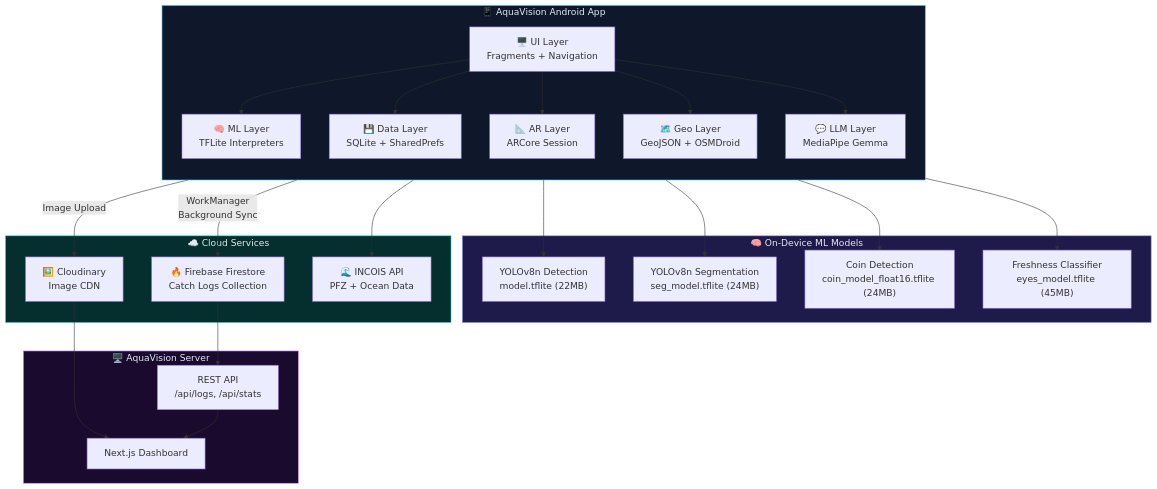
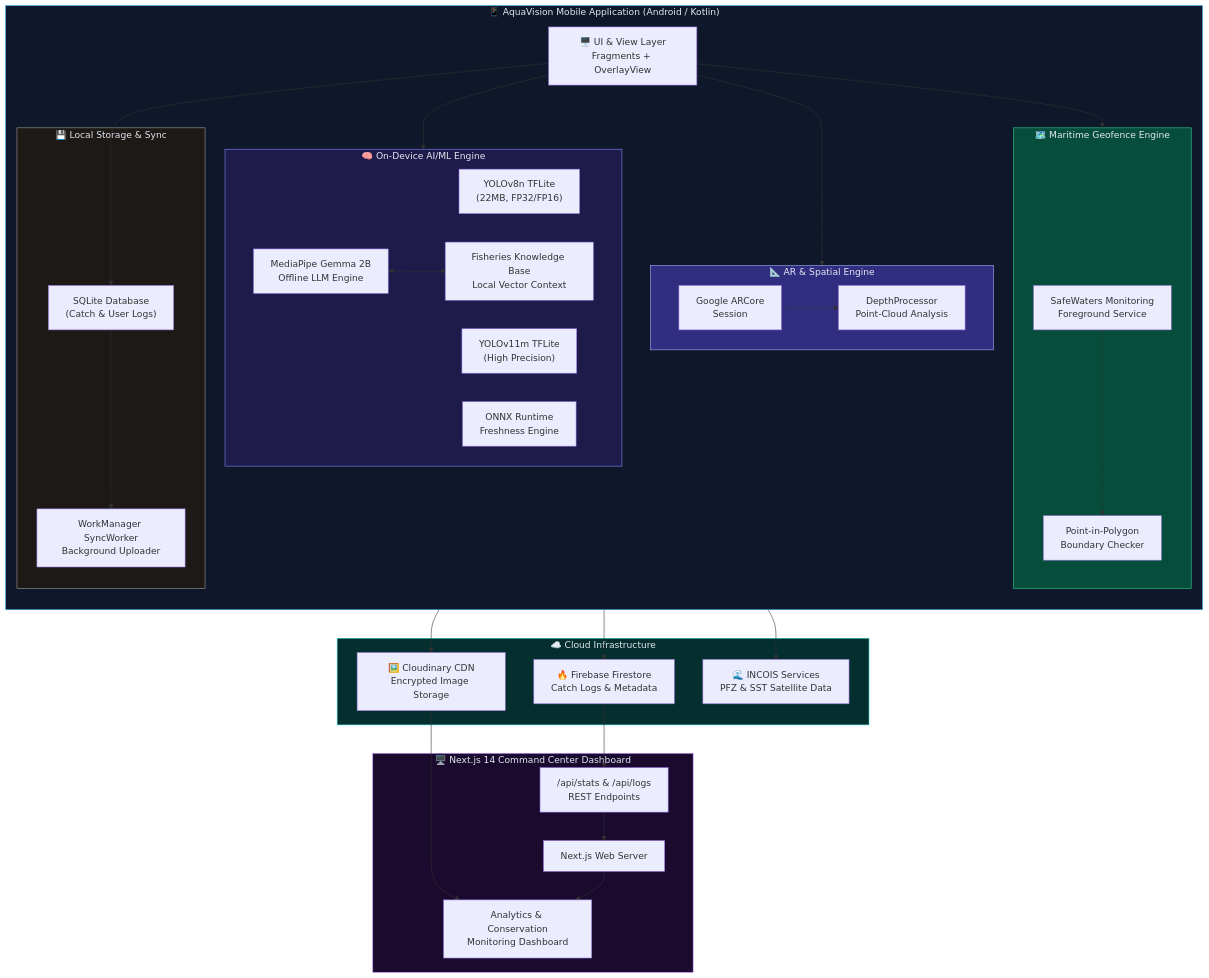
One commit to Rahul9969/AquaVision changed the first of 9 diagrams in README.md. Above: the diagram before and after it, drawn with Mermaid. The commit also changed other lines of this file and 44 other files, not shown here.

Commit message:
feat: Add YOLOv11 & ONNX freshness engines, AR 3D depth processor, local RAG fisheries knowledge base, EEZ geofence updates, and hackathon README documentation

````diff
--- a/README.md
+++ b/README.md
@@ -84,55 +81,70 @@
 ```mermaid
 graph TB
-    subgraph Mobile["📱 AquaVision Android App"]
+    subgraph MobileApp["📱 AquaVision Mobile Application (Android / Kotlin)"]
         direction TB
-        UI["🖥️ UI Layer<br/>Fragments + Navigation"]
-        ML["🧠 ML Layer<br/>TFLite Interpreters"]
-        DATA["💾 Data Layer<br/>SQLite + SharedPrefs"]
-        AR["📐 AR Layer<br/>ARCore Session"]
-        GEO["🗺️ Geo Layer<br/>GeoJSON + OSMDroid"]
-        LLM["💬 LLM Layer<br/>MediaPipe Gemma"]
+        UI["🖥️ UI & View Layer<br/>Fragments + OverlayView"]
+        
+        subgraph AI_Engine["🧠 On-Device AI/ML Engine"]
+            YOLO8["YOLOv8n TFLite<br/>(22MB, FP32/FP16)"]
+            YOLO11["YOLOv11m TFLite<br/>(High Precision)"]
+            ONNX_ENG["ONNX Runtime<br/>Freshness Engine"]
+            GEMMA["MediaPipe Gemma 2B<br/>Offline LLM Engine"]
+            RAG["Fisheries Knowledge Base<br/>Local Vector Context"]
+        end
+        
+        subgraph Spatial_Engine["📐 AR & Spatial Engine"]
+            ARCORE["Google ARCore<br/>Session"]
+            DEPTH["DepthProcessor<br/>Point-Cloud Analysis"]
+        end
+        
+        subgraph Geo_Engine["🗺️ Maritime Geofence Engine"]
+            GEO_SVC["SafeWaters Monitoring<br/>Foreground Service"]
+            PIP_ENGINE["Point-in-Polygon<br/>Boundary Checker"]
+        end
+        
+        subgraph Storage_Engine["💾 Local Storage & Sync"]
+            SQLITE["SQLite Database<br/>(Catch & User Logs)"]
+            WORKER["WorkManager SyncWorker<br/>Background Uploader"]
+        end
     end
 
-    subgraph Models["🧠 On-Device ML Models"]
-        YOLO["YOLOv8n Detection<br/>model.tflite (22MB)"]
-        SEG["YOLOv8n Segmentation<br/>seg_model.tflite (24MB)"]
-        COIN["Coin Detection<br/>coin_model_float16.tflite (24MB)"]
-        EYES["Freshness Classifier<br/>eyes_model.tflite (45MB)"]
+    subgraph Cloud_Infrastructure["☁️ Cloud Infrastructure"]
+        FIREBASE["🔥 Firebase Firestore<br/>Catch Logs & Metadata"]
+        CLOUDINARY["🖼️ Cloudinary CDN<br/>Encrypted Image Storage"]
+        INCOIS_API["🌊 INCOIS Services<br/>PFZ & SST Satellite Data"]
     end
 
-    subgraph Cloud["☁️ Cloud Services"]
-        FIREBASE["🔥 Firebase Firestore<br/>Catch Logs Collection"]
-        CLOUDINARY["🖼️ Cloudinary<br/>Image CDN"]
-        INCOIS["🌊 INCOIS API<br/>PFZ + Ocean Data"]
+    subgraph Admin_Portal["🖥️ Next.js 14 Command Center Dashboard"]
+        NEXT_APP["Next.js Web Server"]
+        API_ROUTES["/api/stats & /api/logs<br/>REST Endpoints"]
+        ADMIN_UI["Analytics & Conservation<br/>Monitoring Dashboard"]
     end
 
-    subgraph Server["🖥️ AquaVision Server"]
-        NEXTJS["Next.js Dashboard"]
-        API["REST API<br/>/api/logs, /api/stats"]
-    end
+    UI --> AI_Engine
+    UI --> Spatial_Engine
+    UI --> Geo_Engine
 
-    UI --> ML
-    UI --> DATA
-    UI --> AR
-    UI --> GEO
-    UI --> LLM
+    GEMMA <--> RAG
+    ARCORE --> DEPTH
 
-    ML --> YOLO
-    ML --> SEG
-    ML --> COIN
-    ML --> EYES
+    GEO_SVC --> PIP_ENGINE
+    GEO_SVC --> INCOIS_API
 
-    DATA -->|"WorkManager<br/>Background Sync"| FIREBASE
-    DATA -->|"Image Upload"| CLOUDINARY
+    UI --> SQLITE
+    SQLITE --> WORKER
+    WORKER --> FIREBASE
+    WORKER --> CLOUDINARY
 
-    GEO --> INCOIS
+    FIREBASE --> API_ROUTES
+    CLOUDINARY --> ADMIN_UI
+    API_ROUTES --> NEXT_APP
+    NEXT_APP --> ADMIN_UI
 
-    FIREBASE --> API
-    CLOUDINARY --> NEXTJS
-    API --> NEXTJS
-
-    style Mobile fill:#0f172a,stroke:#38bdf8,color:#e2e8f0
-    style Models fill:#1e1b4b,stroke:#818cf8,color:#e2e8f0
-    style Cloud fill:#042f2e,stroke:#2dd4bf,color:#e2e8f0
-    style Server fill:#1a0a2e,stroke:#c084fc,color:#e2e8f0
+    style MobileApp fill:#0f172a,stroke:#38bdf8,color:#e2e8f0
+    style AI_Engine fill:#1e1b4b,stroke:#818cf8,color:#e2e8f0
+    style Spatial_Engine fill:#312e81,stroke:#a5b4fc,color:#e2e8f0
+    style Geo_Engine fill:#064e3b,stroke:#34d399,color:#e2e8f0
+    style Storage_Engine fill:#1c1917,stroke:#a8a29e,color:#e2e8f0
+    style Cloud_Infrastructure fill:#042f2e,stroke:#2dd4bf,color:#e2e8f0
+    style Admin_Portal fill:#1a0a2e,stroke:#c084fc,color:#e2e8f0
 ```
````
